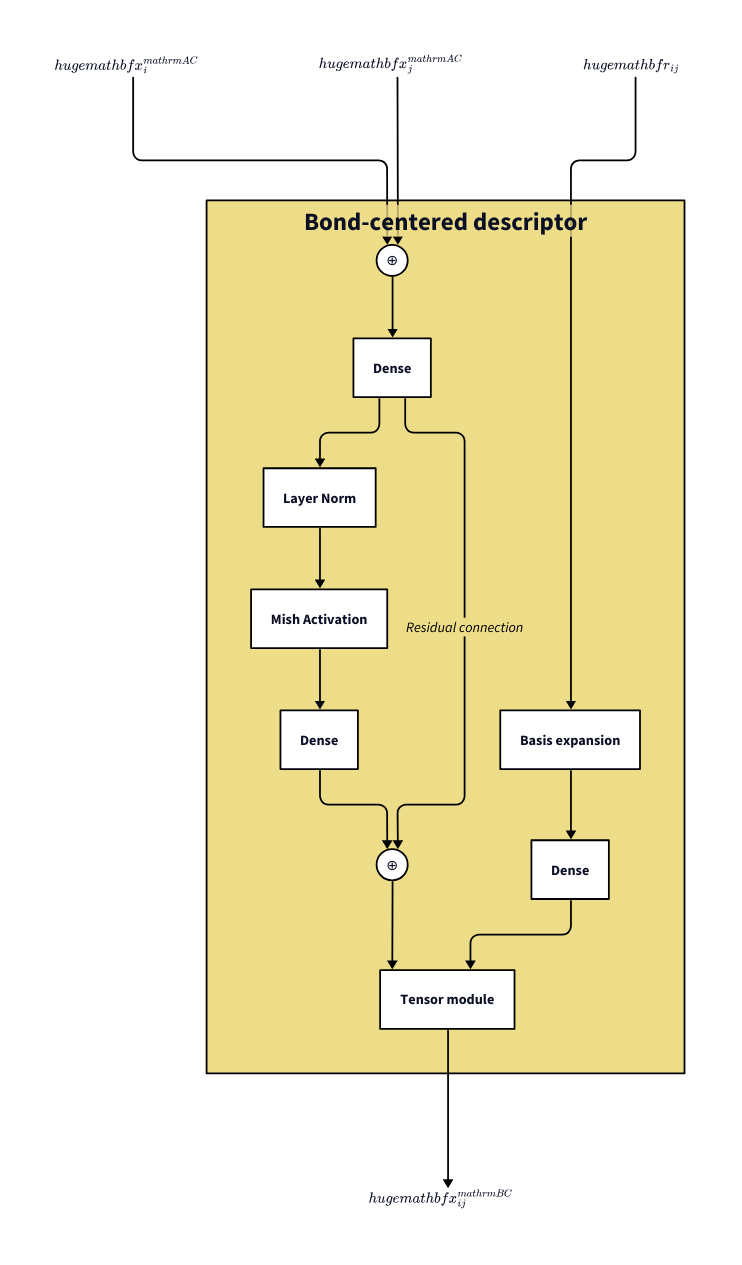
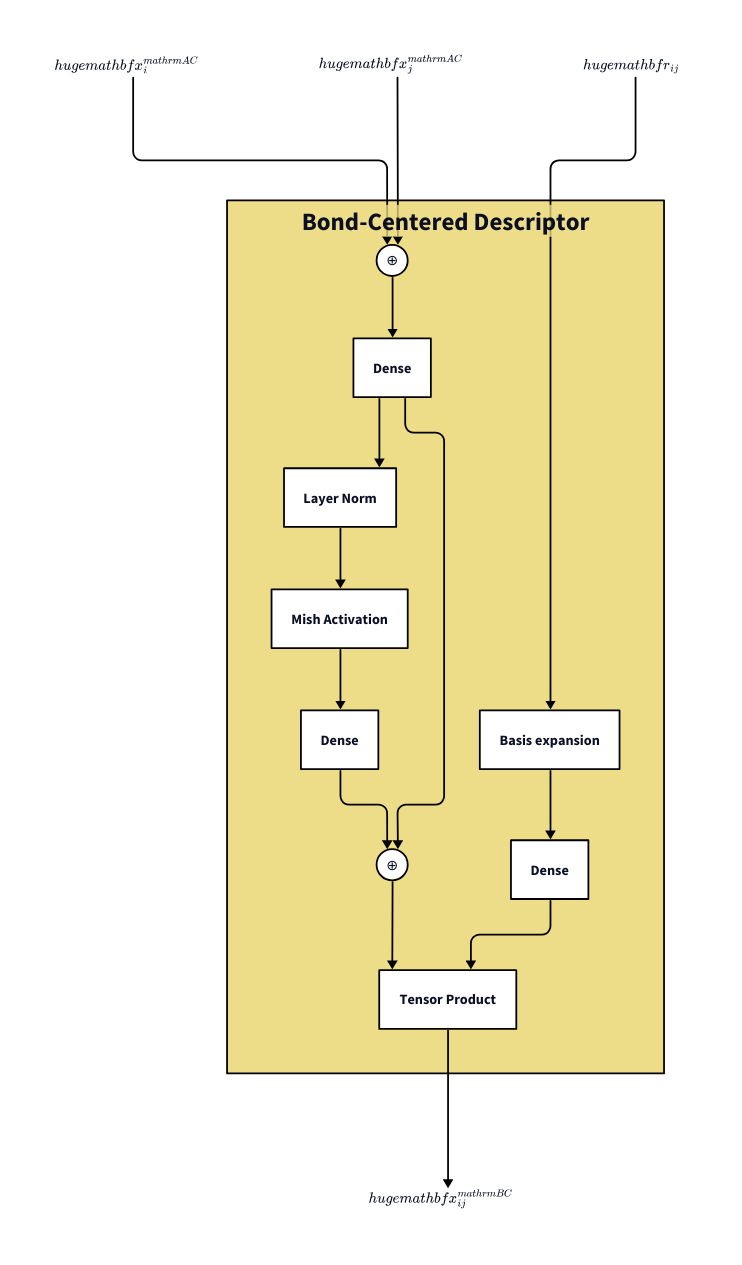
Before and after one commit to SamsungDS/gears_h: the diagram in architecture_figures/3_bc.d2, drawn with D2.

Commit message:
Remove annotations and rename tensor module to tensor product.

```diff
--- a/architecture_figures/3_bc.d2
+++ b/architecture_figures/3_bc.d2
@@ -1,136 +1,136 @@
 acfi: {
     label: ""
     class: empty
     equation: |latex
         \huge{\mathbf{x}_i^{\mathrm{AC}}}
     |
 }
 acfj: {
     label: ""
     class: empty
     equation: |latex
         \huge{\mathbf{x}_j^{\mathrm{AC}}}
     |
 }
 
 # acfi: "Atom-centered features \{Fi\}" {class: empty;}# label.near: outside-top-center}
 # acfj: "Atom-centered features \{Fj\}" {class: empty;}# label.near: outside-top-center}
 r: {label: ""
     equation: |latex
         \huge{\mathbf{r}_{ij}}
     |
     class: empty}
 bcf: {
     label: ""
     class: empty
     equation: |latex
         \huge{\mathbf{x}_{ij}^{\mathrm{BC}}}
     |
 }
 
-bc: Bond-centered descriptor {
+bc: Bond-Centered Descriptor {
     class: bc
     s1: ⊕ {class: operator}
     d1: Dense {class: in_module}
     ln: Layer Norm {class: in_module}
     mish: Mish Activation {class: in_module}
     d2: Dense {class: in_module}
     s1 -> d1 -> ln -> mish -> d2: {style: {stroke: "#000000"; font-color: black}}
     s2: ⊕ {class: operator}
-    d1 -> s2: Residual connection {style: {stroke: "#000000"; font-color: black}}
+    d1 -> s2: {style: {stroke: "#000000"; font-color: black}}
     d2 -> s2: {style: {stroke: "#000000"; font-color: black}}
     bond_exp: Basis expansion {class: in_module}
     d3be: Dense {class: in_module}
     bond_exp -> d3be: {style: {stroke: "#000000"; font-color: black}}
-    tm: Tensor module {class: in_module}
+    tm: Tensor Product {class: in_module}
     s2 -> tm: {style: {stroke: "#000000"; font-color: black}}
     d3be -> tm: {style: {stroke: "#000000"; font-color: black}}
 }
 acfi.equation -> bc.s1: {style: {stroke: "#000000"; font-color: black}}
 acfj.equation -> bc.s1: {style: {stroke: "#000000"; font-color: black}}
 r.equation -> bc.bond_exp: {style: {stroke: "#000000"; font-color: black}}
 bc.tm -> bcf.equation: {style: {stroke: "#000000"; font-color: black}}
 
 classes: {
     operator: {shape: circle
                width: 35
                height: 35
                style: {fill: "#FFFFFF"
                        stroke: "#000000"
                     #    font: mono
                       }
     }
     empty: {
             # label: ""
             width: 50
             height: 50
             style: {
                 fill: transparent
                 stroke: transparent
                 font-size: 24
             }
     }
     sarb: {
         style: {
             fill: "#44BB99"
             stroke: "#000000"
         }
     }
     in_module: {
         style: {
             fill: "#FFFFFF"
             stroke: "#000000"
             # opacity: 0.5
         }
     }
     ac: {
         style: {
             fill: "#BBCC33"
             stroke: "#000000"
         }
     }
     bc: {
         style: {
             fill: "#EEDD88"
             stroke: "#000000"
             bold: true
         }
     }
     rd: {
         style: {
             fill: "#EE8866"
             stroke: "#000000"
         }
     }
     ro: {
         style: {
             fill: "#FFAABB"
             stroke: "#000000"
         }
     }
     outs: {
         style: {
             fill: "#DDDDDD"
             stroke: "#000000"
             multiple: true
         }
     }
     input : {
         # label: ""
         width: 50
         height: 50
         style: {
             fill: "#99DDFF"
             stroke: "#000000"
             multiple: true
         }
     }
 }
 
 vars: {
     d2-config: {
       layout-engine: elk
       pad: 10
     #   theme-id: 101
     }
 }
```
